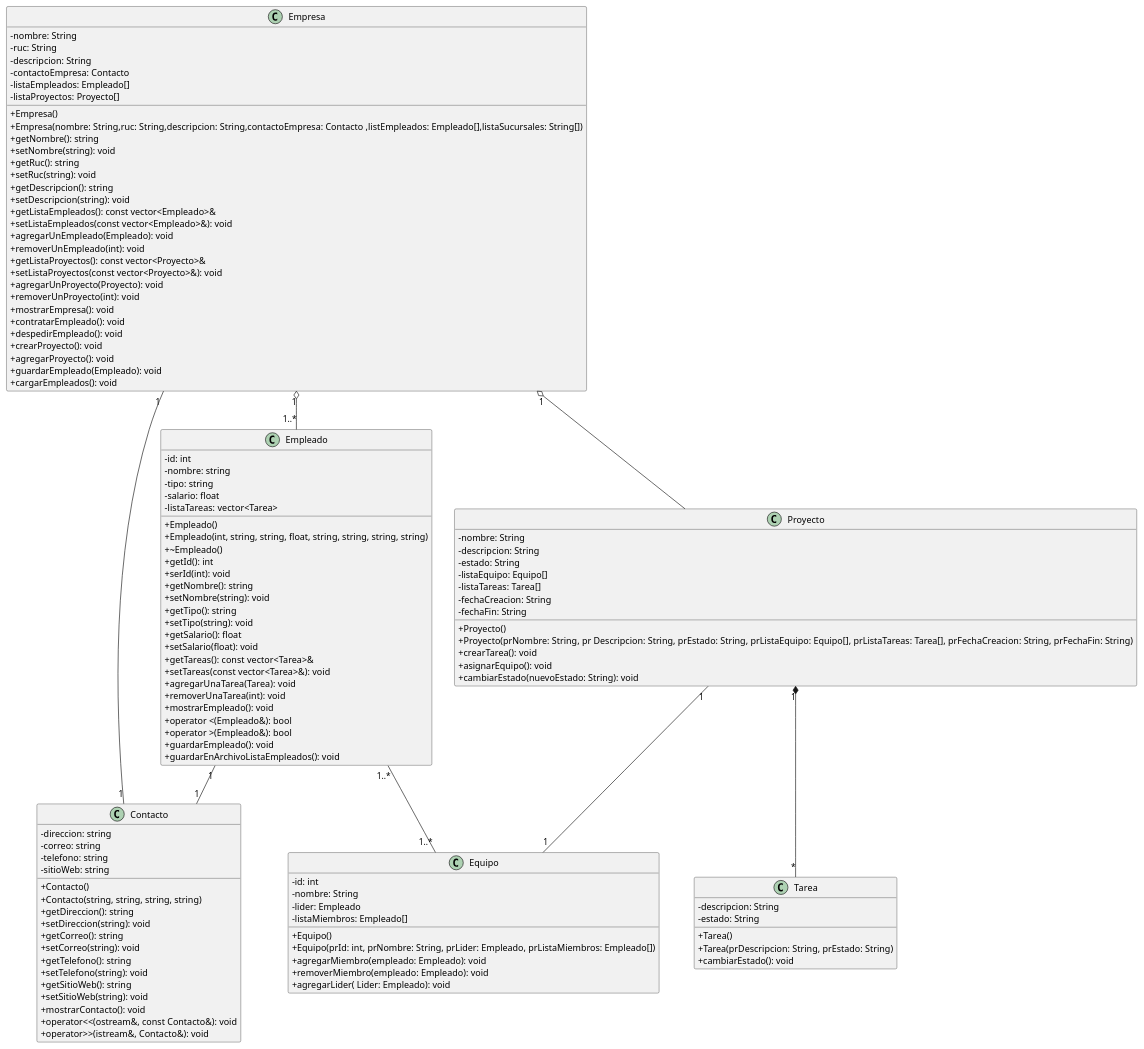
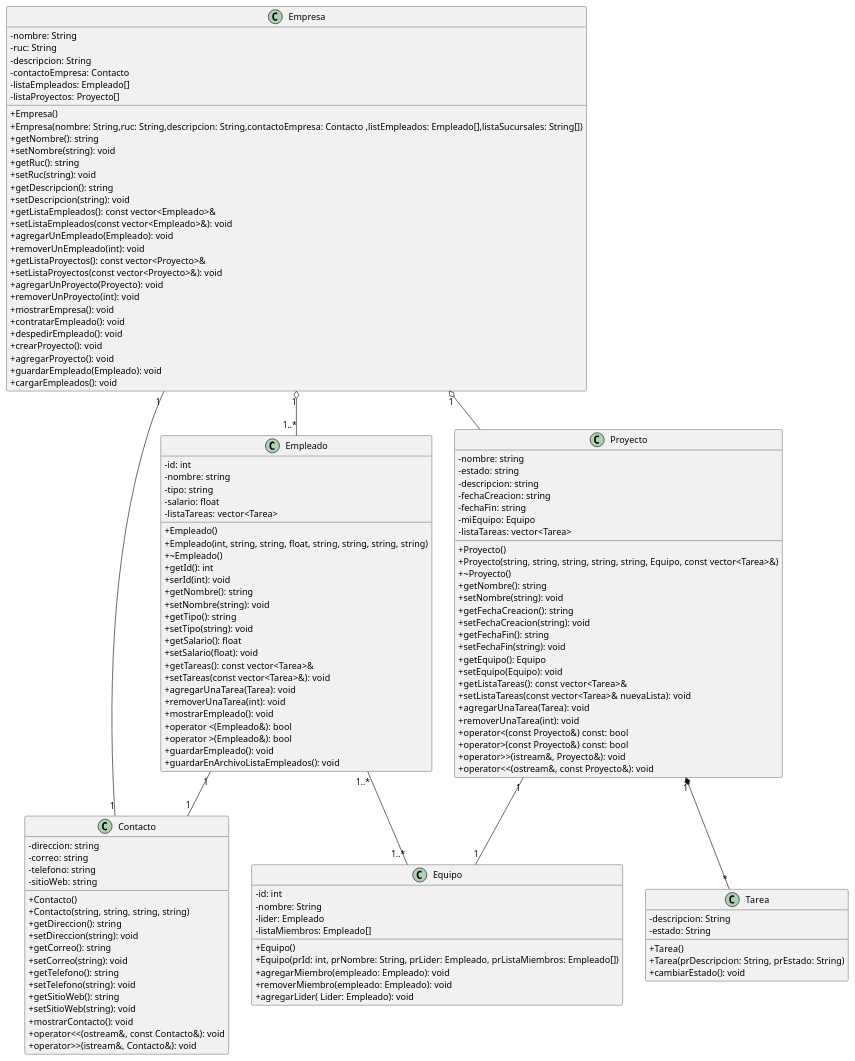
Before and after one commit to royfrankly/empresaurios: the diagram in diagramaClass.puml, drawn with PlantUML.

Commit message:
Update diagramaClass.puml
Cambio proyecto

```diff
--- a/diagramaClass.puml
+++ b/diagramaClass.puml
@@ -1,125 +1,138 @@
 @startuml
 skinparam ClassAttributeIconSize 0
 class Empresa {
     -nombre: String
     -ruc: String
     -descripcion: String
     -contactoEmpresa: Contacto
     -listaEmpleados: Empleado[]
     -listaProyectos: Proyecto[]
 
     +Empresa()
     +Empresa(nombre: String,ruc: String,descripcion: String,contactoEmpresa: Contacto ,listEmpleados: Empleado[],listaSucursales: String[])
     + getNombre(): string
     + setNombre(string): void
     + getRuc(): string
     + setRuc(string): void
     + getDescripcion(): string
     + setDescripcion(string): void
     + getListaEmpleados(): const vector<Empleado>&
     + setListaEmpleados(const vector<Empleado>&): void
     + agregarUnEmpleado(Empleado): void
     + removerUnEmpleado(int): void
     + getListaProyectos(): const vector<Proyecto>&
     + setListaProyectos(const vector<Proyecto>&): void
     + agregarUnProyecto(Proyecto): void
     + removerUnProyecto(int): void
     + mostrarEmpresa(): void
     + contratarEmpleado(): void
     + despedirEmpleado(): void
     + crearProyecto(): void
     + agregarProyecto(): void
     + guardarEmpleado(Empleado): void
     + cargarEmpleados(): void
 }
 
 class Empleado {
   - id: int
   - nombre: string
   - tipo: string
   - salario: float
   - listaTareas: vector<Tarea>
   + Empleado()
   + Empleado(int, string, string, float, string, string, string, string)
   + ~Empleado()
   + getId(): int
   + serId(int): void
   + getNombre(): string
   + setNombre(string): void
   + getTipo(): string
   + setTipo(string): void
   + getSalario(): float
   + setSalario(float): void
   + getTareas(): const vector<Tarea>&
   + setTareas(const vector<Tarea>&): void
   + agregarUnaTarea(Tarea): void
   + removerUnaTarea(int): void
   + mostrarEmpleado(): void
   + operator <(Empleado&): bool
   + operator >(Empleado&): bool
   + guardarEmpleado(): void
   + guardarEnArchivoListaEmpleados(): void
 }
 class Contacto{
   - direccion: string
   - correo: string
   - telefono: string
   - sitioWeb: string
   + Contacto()
   + Contacto(string, string, string, string)
   + getDireccion(): string
   + setDireccion(string): void
   + getCorreo(): string
   + setCorreo(string): void
   + getTelefono(): string
   + setTelefono(string): void
   + getSitioWeb(): string
   + setSitioWeb(string): void
   + mostrarContacto(): void
   + operator<<(ostream&, const Contacto&): void
   + operator>>(istream&, Contacto&): void
 }  
 
 class Proyecto {
-    -nombre: String
-    -descripcion: String
-    -estado: String
-    -listaEquipo: Equipo[]
-    -listaTareas: Tarea[]
-    -fechaCreacion: String
-    -fechaFin: String
-
-    +Proyecto()
-    +Proyecto(prNombre: String, pr Descripcion: String, prEstado: String, prListaEquipo: Equipo[], prListaTareas: Tarea[], prFechaCreacion: String, prFechaFin: String)
-    +crearTarea(): void
-    +asignarEquipo(): void
-    +cambiarEstado(nuevoEstado: String): void
+  - nombre: string
+  - estado: string
+  - descripcion: string
+  - fechaCreacion: string
+  - fechaFin: string
+  - miEquipo: Equipo
+  - listaTareas: vector<Tarea>
+  + Proyecto()
+  + Proyecto(string, string, string, string, string, Equipo, const vector<Tarea>&)
+  + ~Proyecto()
+  + getNombre(): string
+  + setNombre(string): void
+  + getFechaCreacion(): string
+  + setFechaCreacion(string): void
+  + getFechaFin(): string
+  + setFechaFin(string): void
+  + getEquipo(): Equipo
+  + setEquipo(Equipo): void
+  + getListaTareas(): const vector<Tarea>&
+  + setListaTareas(const vector<Tarea>& nuevaLista): void
+  + agregarUnaTarea(Tarea): void
+  + removerUnaTarea(int): void
+  + operator<(const Proyecto&) const: bool
+  + operator>(const Proyecto&) const: bool
+  + operator>>(istream&, Proyecto&): void
+  + operator<<(ostream&, const Proyecto&): void
 }
 
 class Equipo {
     -id: int
     -nombre: String
     -lider: Empleado
     -listaMiembros: Empleado[]
 
     +Equipo()
     +Equipo(prId: int, prNombre: String, prLider: Empleado, prListaMiembros: Empleado[])
     +agregarMiembro(empleado: Empleado): void
     +removerMiembro(empleado: Empleado): void
     +agregarLider( Lider: Empleado): void
 }
 Class Tarea {
     -descripcion: String
     -estado: String
     +Tarea()
     +Tarea(prDescripcion: String, prEstado: String)
     +cambiarEstado(): void
 }
 Empresa "1"-- "1" Contacto
 Empleado "1"--"1" Contacto
 Empresa "1" o--"1..*"Empleado 
 Empleado "1..*"--"1..*" Equipo
 Proyecto "1" --"1" Equipo
 Proyecto "1"*--"*" Tarea
 Empresa "1" o-- Proyecto
 @enduml
```
